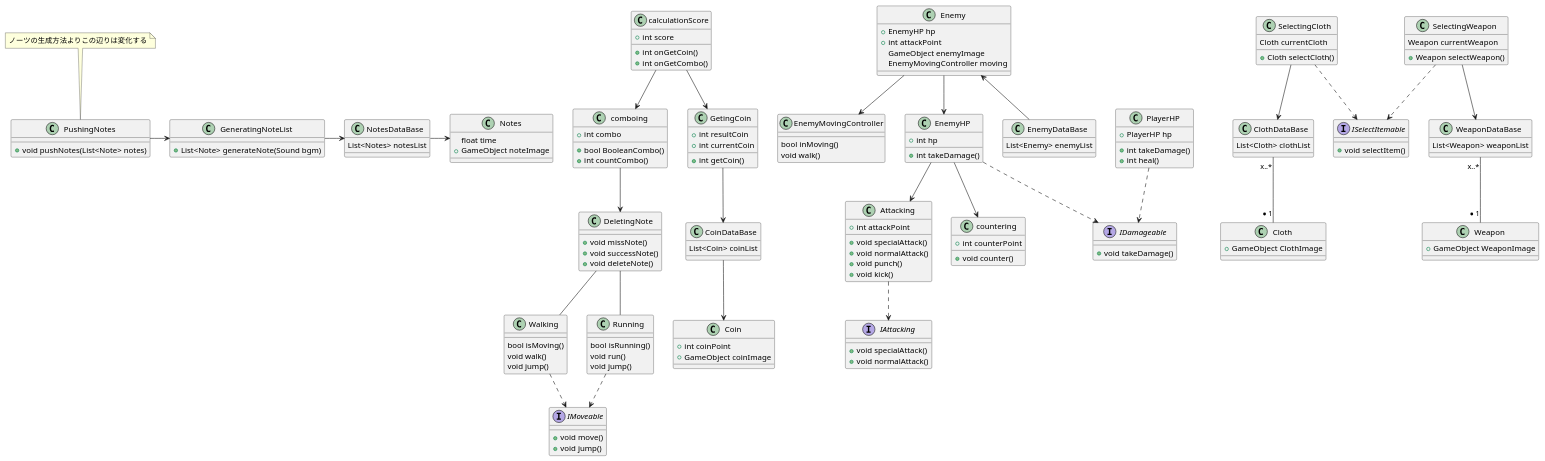
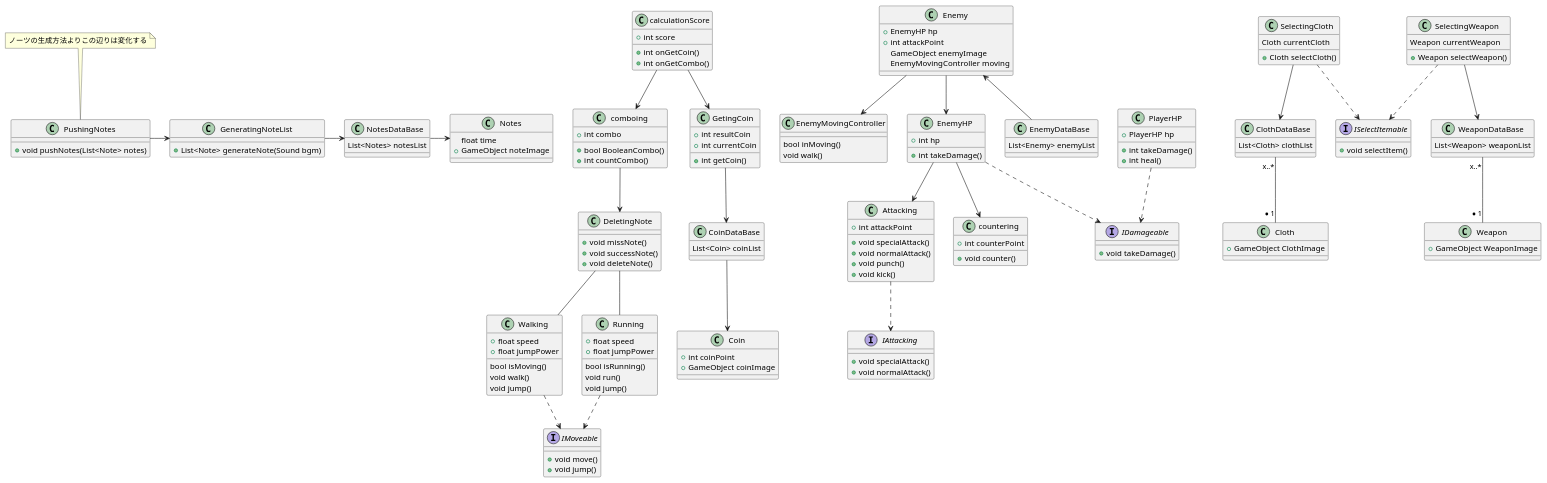
The diagram in Assets/ScripArchitecture/SlowDancerScriptModelArchitecture.pu (44yyp9/Slow-dancer), drawn with PlantUML before and after one commit. The commit also changed 6 other files, not shown here.

```diff
--- a/Assets/ScripArchitecture/SlowDancerScriptModelArchitecture.pu
+++ b/Assets/ScripArchitecture/SlowDancerScriptModelArchitecture.pu
@@ -1,149 +1,153 @@
 @startuml SlowDancerModelArchitecture
 class GeneratingNoteList{
     +List<Note> generateNote(Sound bgm)
 }
 class Notes{
     float time
     +GameObject noteImage
 }
 class NotesDataBase{
     List<Notes> notesList
 }
 class PushingNotes{
     +void pushNotes(List<Note> notes)
 }
 note top of PushingNotes
     ノーツの生成方法よりこの辺りは変化する
 end note
 class DeletingNote{
     +void missNote()
     +void successNote()
     +void deleteNote()
 }
 class calculationScore{
     +int score
     +int onGetCoin()
     +int onGetCombo()
 }
 class comboing{
     +int combo
     +bool BooleanCombo()
     +int countCombo()
 }
 class Walking{
+    +float speed
+    +float jumpPower
     bool isMoving()
     void walk()
     void jump()
 }
 class Running{
+    +float speed
+    +float jumpPower
     bool isRunning()
     void run()
     void jump()
 }
 class EnemyMovingController{
     bool inMoving()
     void walk()
 }
 class EnemyHP{
     +int hp
     +int takeDamage()
 }
 class PlayerHP{
     +PlayerHP hp
     +int takeDamage()
     +int heal()
 }
 
 class Attacking{
     +int attackPoint
     +void specialAttack()
     +void normalAttack()
     +void punch()
     +void kick()
 }
 class countering{
     +int counterPoint
     +void counter()
 }
 class Coin{
     +int coinPoint
     +GameObject coinImage
 }
 class CoinDataBase{
     List<Coin> coinList
 }
 class GetingCoin{
     +int resultCoin
     +int currentCoin
     +int getCoin()
 }
 class Cloth{
     +GameObject ClothImage
 }
 class ClothDataBase{
     List<Cloth> clothList 
 }
 class Weapon{
     +GameObject WeaponImage
 }
 class WeaponDataBase{
     List<Weapon> weaponList
 }
 class Enemy{
     +EnemyHP hp
     +int attackPoint
     GameObject enemyImage
     EnemyMovingController moving
 }
 class SelectingCloth{
     Cloth currentCloth
     +Cloth selectCloth()
 }
 class SelectingWeapon{
     Weapon currentWeapon
     +Weapon selectWeapon()
 }
 class EnemyDataBase{
     List<Enemy> enemyList
 }
 interface IDamageable{
     +void takeDamage()
 }
 interface IAttacking{
     +void specialAttack()
     +void normalAttack()
 }
 interface ISelectItemable{
     +void selectItem()
 }
 interface IMoveable{
     +void move()
     +void jump()
 }
 GeneratingNoteList->NotesDataBase
 NotesDataBase->Notes
 PushingNotes->GeneratingNoteList
 Enemy<--EnemyDataBase
 Enemy-->EnemyMovingController
 Enemy-->EnemyHP
 EnemyHP..>IDamageable
 PlayerHP..>IDamageable
 EnemyHP-->Attacking
 EnemyHP-->countering
 SelectingCloth --> ClothDataBase
 SelectingWeapon-->WeaponDataBase
 Running..>IMoveable
 Walking..>IMoveable
 ClothDataBase"x..*" -- "*1"Cloth
 WeaponDataBase"x..*" -- "*1"Weapon
 calculationScore-->comboing
 calculationScore-->GetingCoin
 comboing-->DeletingNote
 DeletingNote-- Running
 DeletingNote-- Walking
 SelectingCloth..>ISelectItemable
 SelectingWeapon..>ISelectItemable
 Attacking..>IAttacking
 GetingCoin-->CoinDataBase
 CoinDataBase-->Coin
 @enduml
```
